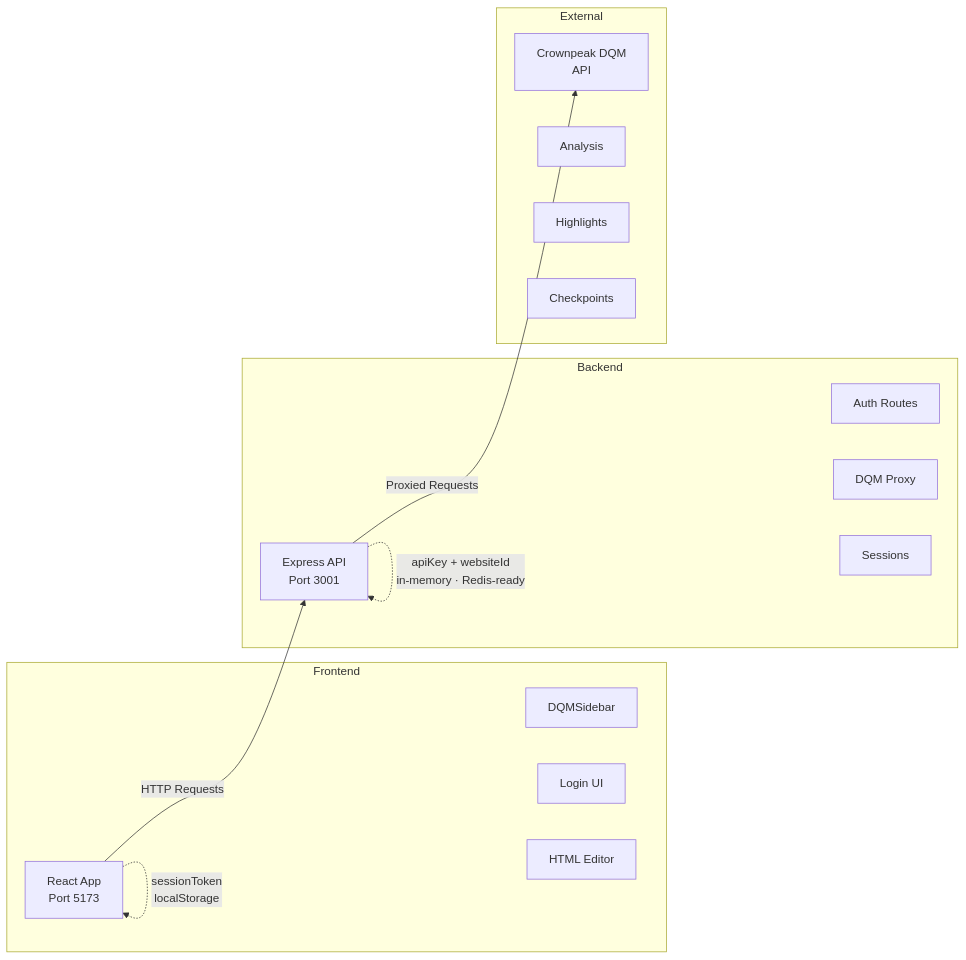
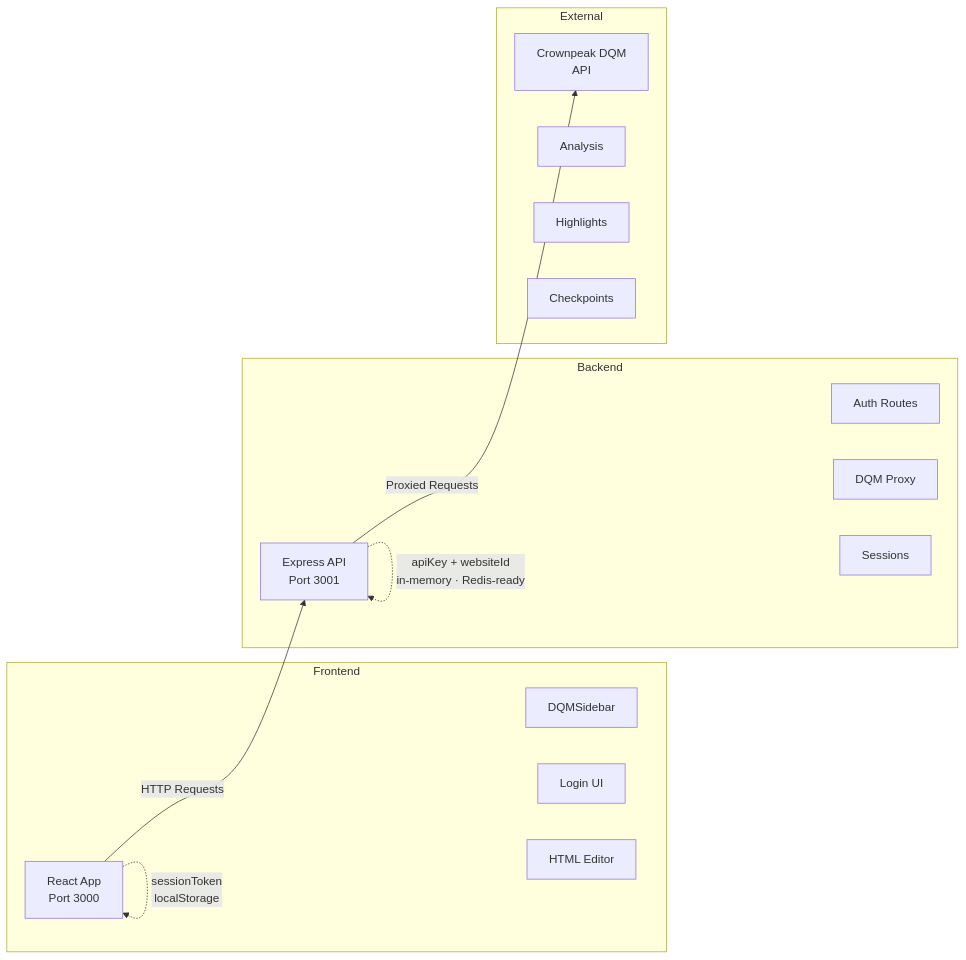
The diagram in docs/QUICKSTART.md (Crownpeak/dqm-react-component), drawn with Mermaid before and after one commit. The commit also changed other lines of this file and 14 other files, not shown here.

````diff
--- a/docs/QUICKSTART.md
+++ b/docs/QUICKSTART.md
@@ -64,33 +64,33 @@
 ```mermaid
 graph LR
-A[React App<br/>Port 5173]
+A[React App<br/>Port 3000]
 B[Express API<br/>Port 3001]
 C[Crownpeak DQM<br/>API]
 
     A -->|HTTP Requests| B
     B -->|Proxied Requests| C
     
     A -.->|sessionToken<br/>localStorage| A
     B -.->|apiKey + websiteId<br/>in-memory · Redis-ready| B
     
     subgraph Frontend
         A
         A1[DQMSidebar]
         A2[Login UI]
         A3[HTML Editor]
     end
     
     subgraph Backend
         B
         B1[Auth Routes]
         B2[DQM Proxy]
         B3[Sessions]
     end
     
     subgraph External
         C
         C1[Analysis]
         C2[Highlights]
         C3[Checkpoints]
     end
 ```
````
